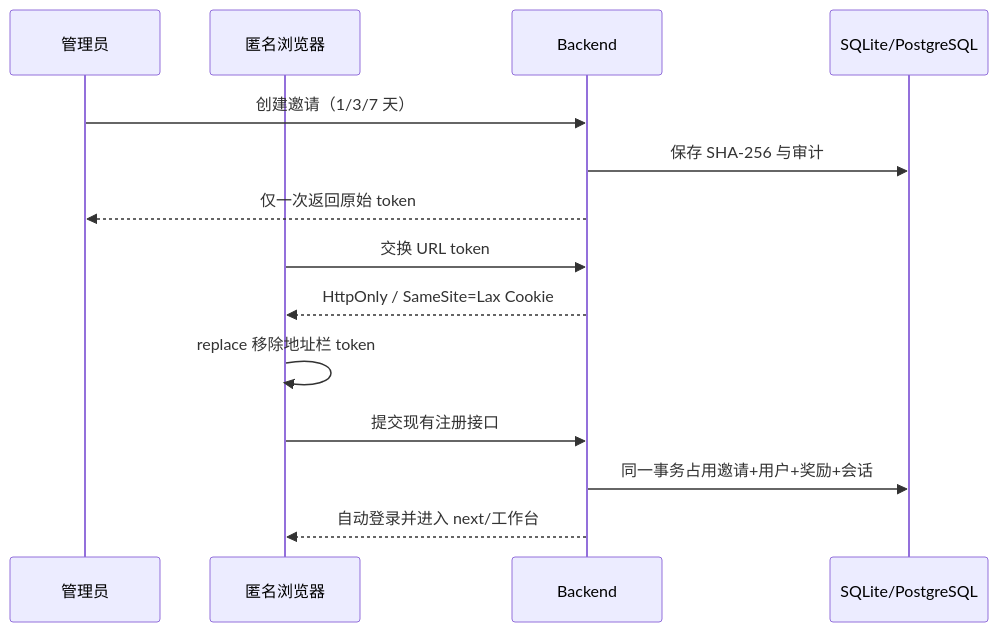
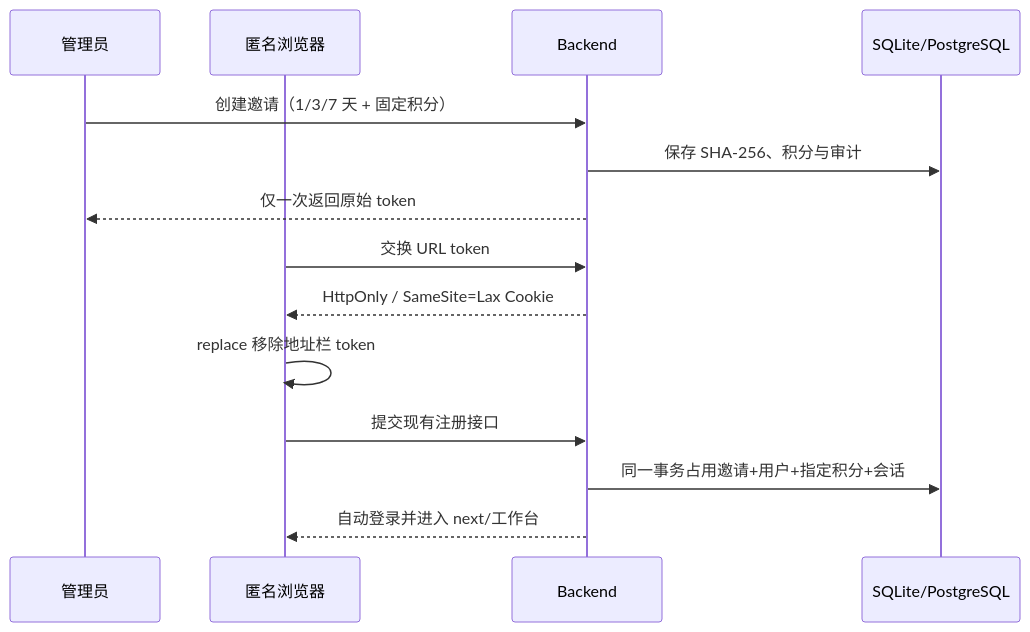
One commit to LUHANG0/open-ai-canvas changed the diagram in docs/design/registration-invite-links.md. Above: the diagram before and after it, drawn with Mermaid. The commit also changed other lines of this file and 4 other files, not shown here.

Commit message:
docs(auth): 记录邀请积分与 Schema 8

````diff
--- a/docs/design/registration-invite-links.md
+++ b/docs/design/registration-invite-links.md
@@ -12,16 +12,16 @@
 ```mermaid
 sequenceDiagram
     participant A as 管理员
     participant B as 匿名浏览器
     participant S as Backend
     participant D as SQLite/PostgreSQL
-    A->>S: 创建邀请（1/3/7 天）
-    S->>D: 保存 SHA-256 与审计
+    A->>S: 创建邀请（1/3/7 天 + 固定积分）
+    S->>D: 保存 SHA-256、积分与审计
     S-->>A: 仅一次返回原始 token
     B->>S: 交换 URL token
     S-->>B: HttpOnly / SameSite=Lax Cookie
     B->>B: replace 移除地址栏 token
     B->>S: 提交现有注册接口
-    S->>D: 同一事务占用邀请+用户+奖励+会话
+    S->>D: 同一事务占用邀请+用户+指定积分+会话
     S-->>B: 自动登录并进入 next/工作台
 ```
````
